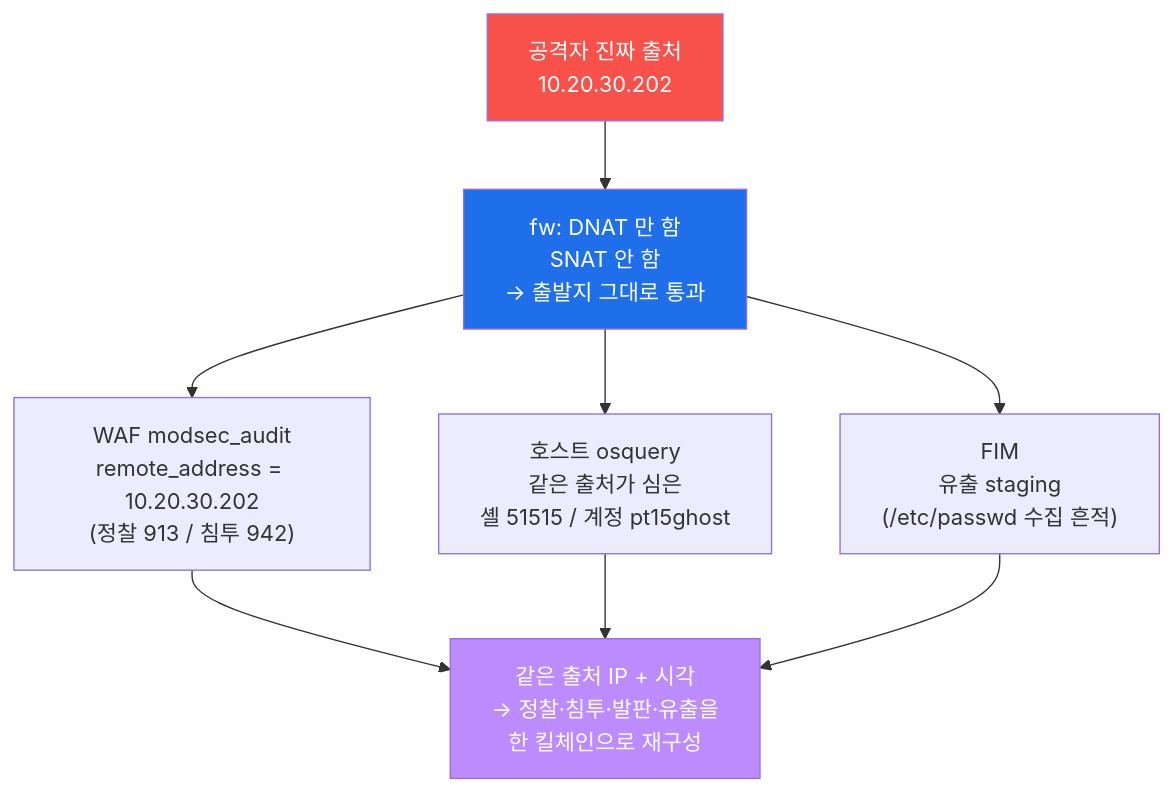
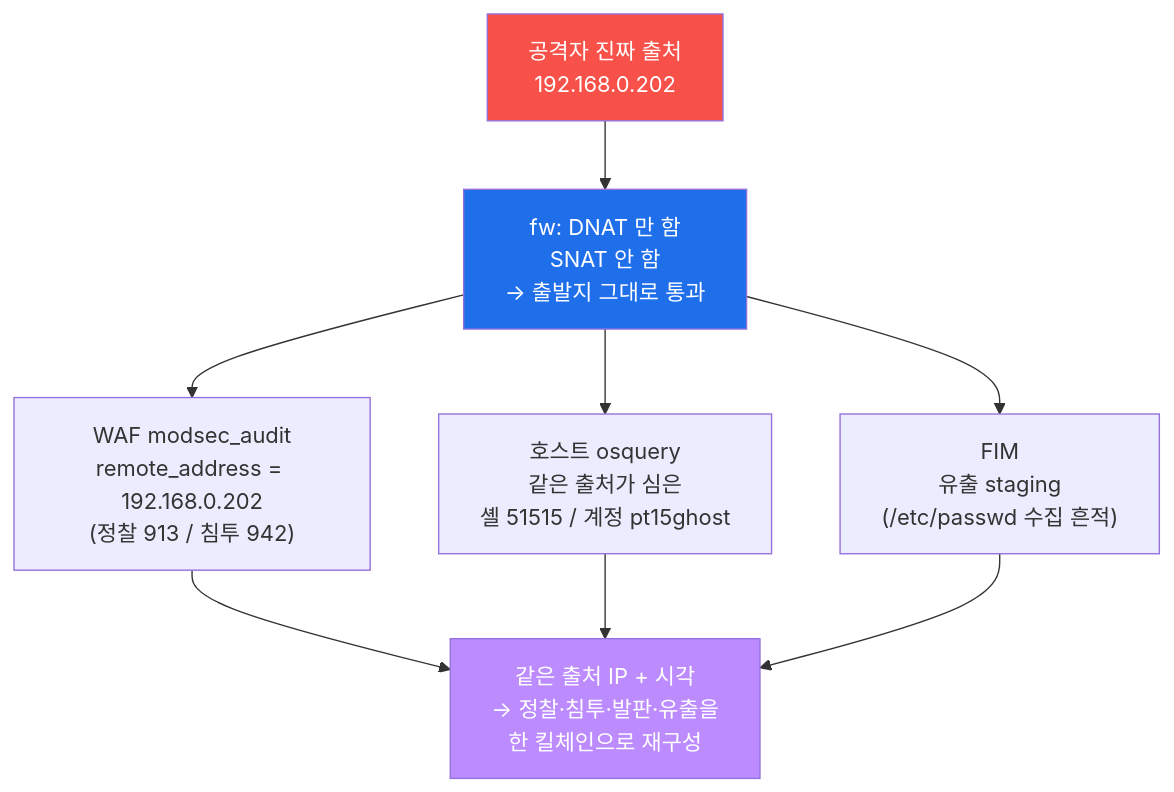
One commit to mrgrit/tw2 changed the eighth of 10 diagrams in contents/training/attack/lecture_week15.md. Above: the diagram before and after it, drawn with Mermaid. The commit also changed other lines of this file and 304 other files, not shown here.

````diff
--- a/contents/training/attack/lecture_week15.md
+++ b/contents/training/attack/lecture_week15.md
@@ -476,16 +476,16 @@
 ```mermaid
 graph TD
-    ATK["공격자 진짜 출처<br/>10.20.30.202"]
+    ATK["공격자 진짜 출처<br/>192.168.0.202"]
     FW["fw: DNAT 만 함<br/>SNAT 안 함<br/>→ 출발지 그대로 통과"]
-    A["WAF modsec_audit<br/>remote_address = 10.20.30.202<br/>(정찰 913 / 침투 942)"]
+    A["WAF modsec_audit<br/>remote_address = 192.168.0.202<br/>(정찰 913 / 침투 942)"]
     B["호스트 osquery<br/>같은 출처가 심은<br/>셸 51515 / 계정 pt15ghost"]
     C["FIM<br/>유출 staging<br/>(/etc/passwd 수집 흔적)"]
     KEY["같은 출처 IP + 시각<br/>→ 정찰·침투·발판·유출을<br/>한 킬체인으로 재구성"]
     ATK --> FW
     FW --> A --> KEY
     FW --> B --> KEY
     FW --> C --> KEY
     style ATK fill:#f85149,color:#fff
     style FW fill:#1f6feb,color:#fff
     style KEY fill:#bc8cff,color:#fff
 ```
````
